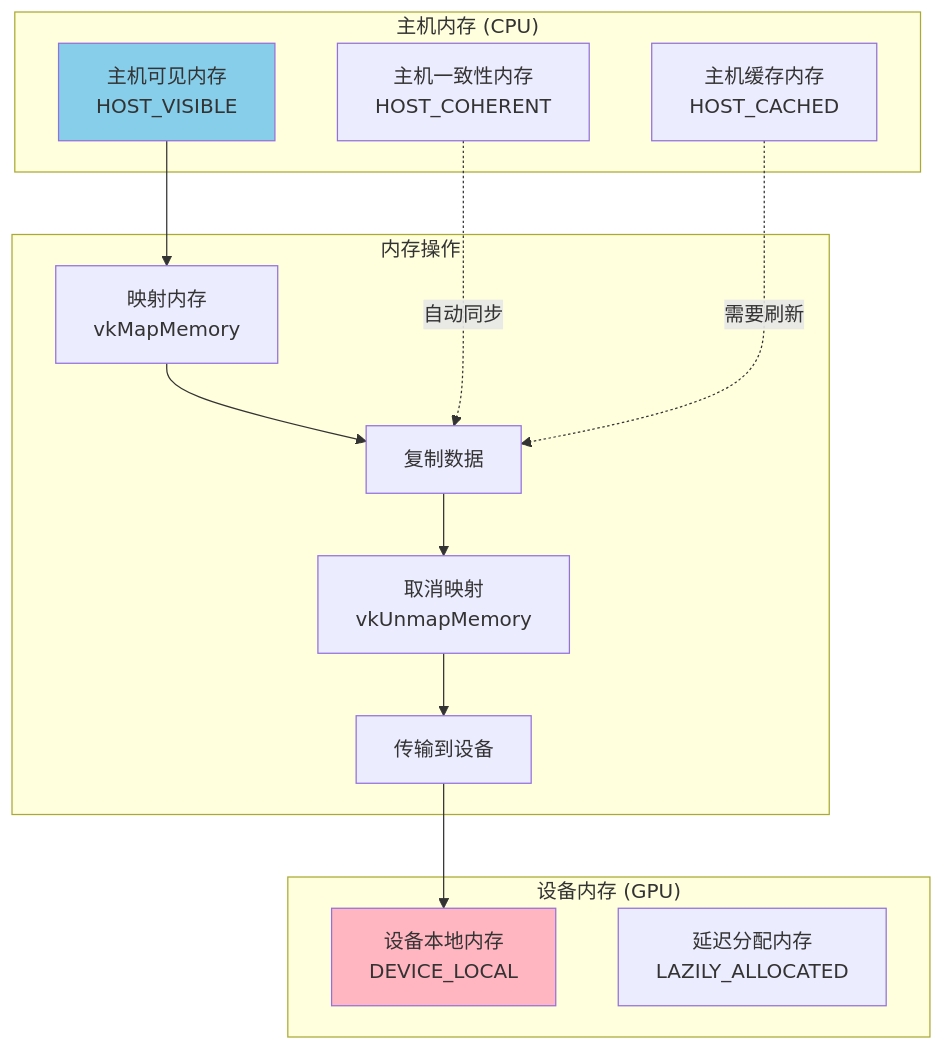
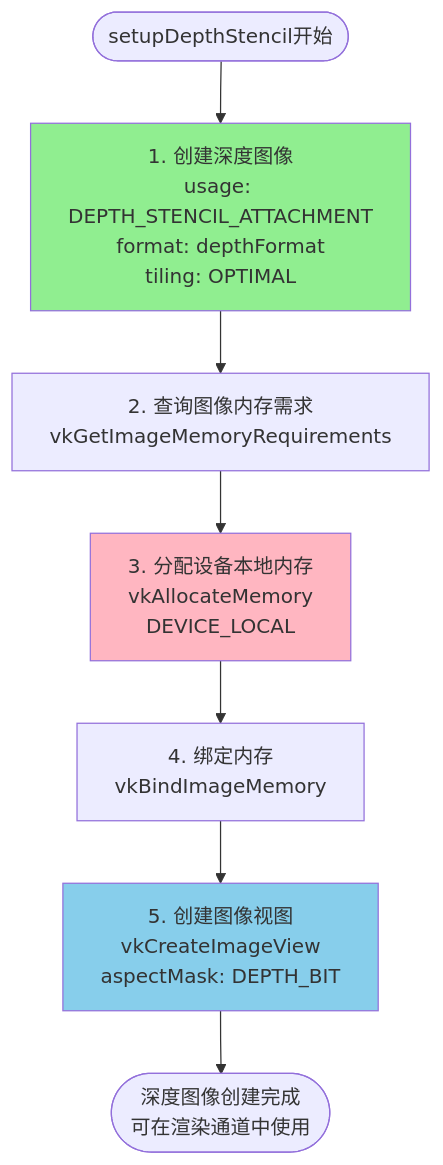
Diagram 15 of 23 in fenxi/Vulkan框架模型文档.md (diandiandevelop/Vulkan), drawn with Mermaid before and after one commit. The commit also changed other lines of this file, not shown here.

````diff
--- a/fenxi/Vulkan框架模型文档.md
+++ b/fenxi/Vulkan框架模型文档.md
@@ -358,31 +1146,13 @@
 ```mermaid
-graph TD
-    subgraph "主机内存 (CPU)"
-        HostVisible[主机可见内存<br/>HOST_VISIBLE]
-        HostCoherent[主机一致性内存<br/>HOST_COHERENT]
-        HostCached[主机缓存内存<br/>HOST_CACHED]
-    end
+flowchart TD
+    Start([setupDepthStencil开始]) --> CreateImage[1. 创建深度图像<br/>usage: DEPTH_STENCIL_ATTACHMENT<br/>format: depthFormat<br/>tiling: OPTIMAL]
+    CreateImage --> QueryMemReq[2. 查询图像内存需求<br/>vkGetImageMemoryRequirements]
+    QueryMemReq --> AllocMem[3. 分配设备本地内存<br/>vkAllocateMemory<br/>DEVICE_LOCAL]
+    AllocMem --> BindMem[4. 绑定内存<br/>vkBindImageMemory]
+    BindMem --> CreateView[5. 创建图像视图<br/>vkCreateImageView<br/>aspectMask: DEPTH_BIT]
+    CreateView --> End([深度图像创建完成<br/>可在渲染通道中使用])
     
-    subgraph "设备内存 (GPU)"
-        DeviceLocal[设备本地内存<br/>DEVICE_LOCAL]
-        LazilyAllocated[延迟分配内存<br/>LAZILY_ALLOCATED]
-    end
-    
-    subgraph "内存操作"
-        MapMemory[映射内存<br/>vkMapMemory]
-        CopyData[复制数据]
-        UnmapMemory[取消映射<br/>vkUnmapMemory]
-        Transfer[传输到设备]
-    end
-    
-    HostVisible --> MapMemory
-    MapMemory --> CopyData
-    CopyData --> UnmapMemory
-    HostCoherent -.->|自动同步| CopyData
-    HostCached -.->|需要刷新| CopyData
-    UnmapMemory --> Transfer
-    Transfer --> DeviceLocal
-    
-    style DeviceLocal fill:#FFB6C1
-    style HostVisible fill:#87CEEB
+    style CreateImage fill:#90EE90
+    style AllocMem fill:#FFB6C1
+    style CreateView fill:#87CEEB
 ```
````
